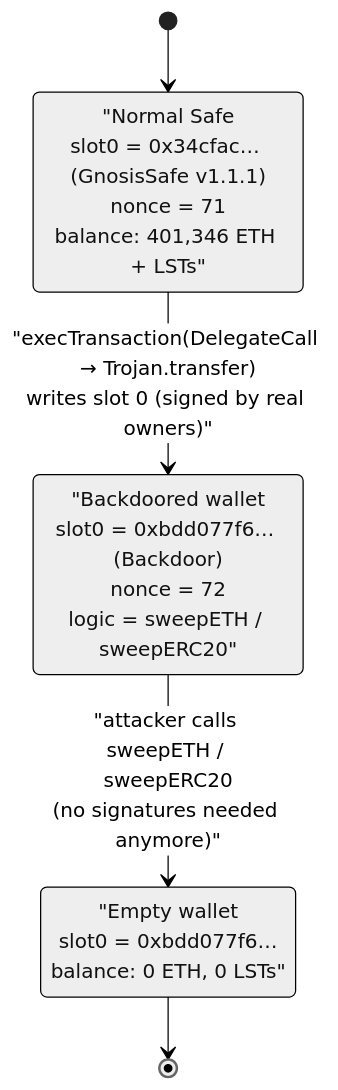
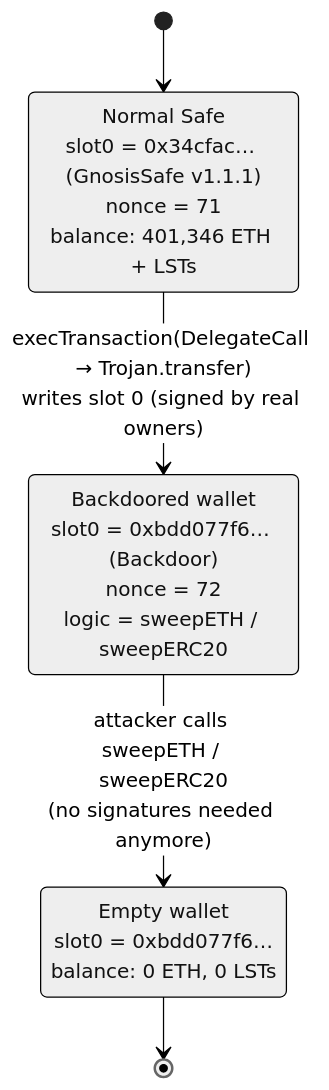
Before and after one commit to sanbir/evm-hack-registry: the second of 3 diagrams in 2025-02-Bybit_exp/Bybit_exp.md, drawn with Mermaid (neutral theme). The commit also changed 280 other files, not shown here.

Commit message:
mermaid fixes

````diff
--- a/2025-02-Bybit_exp/Bybit_exp.md
+++ b/2025-02-Bybit_exp/Bybit_exp.md
@@ -307,11 +307,11 @@
 ```mermaid
 stateDiagram-v2
     [*] --> Normal
-    Normal: "Normal Safe<br/>slot0 = 0x34cfac… (GnosisSafe v1.1.1)<br/>nonce = 71<br/>balance: 401,346 ETH + LSTs"
-    Compromised: "Backdoored wallet<br/>slot0 = 0xbdd077f6… (Backdoor)<br/>nonce = 72<br/>logic = sweepETH / sweepERC20"
-    Drained: "Empty wallet<br/>slot0 = 0xbdd077f6…<br/>balance: 0 ETH, 0 LSTs"
+    Normal: Normal Safe<br/>slot0 = 0x34cfac… (GnosisSafe v1.1.1)<br/>nonce = 71<br/>balance#58; 401,346 ETH + LSTs
+    Compromised: Backdoored wallet<br/>slot0 = 0xbdd077f6… (Backdoor)<br/>nonce = 72<br/>logic = sweepETH / sweepERC20
+    Drained: Empty wallet<br/>slot0 = 0xbdd077f6…<br/>balance#58; 0 ETH, 0 LSTs
 
-    Normal --> Compromised: "execTransaction(DelegateCall → Trojan.transfer)<br/>writes slot 0 (signed by real owners)"
-    Compromised --> Drained: "attacker calls sweepETH / sweepERC20<br/>(no signatures needed anymore)"
+    Normal --> Compromised: execTransaction(DelegateCall → Trojan.transfer)<br/>writes slot 0 (signed by real owners)
+    Compromised --> Drained: attacker calls sweepETH / sweepERC20<br/>(no signatures needed anymore)
     Drained --> [*]
 ```
````
